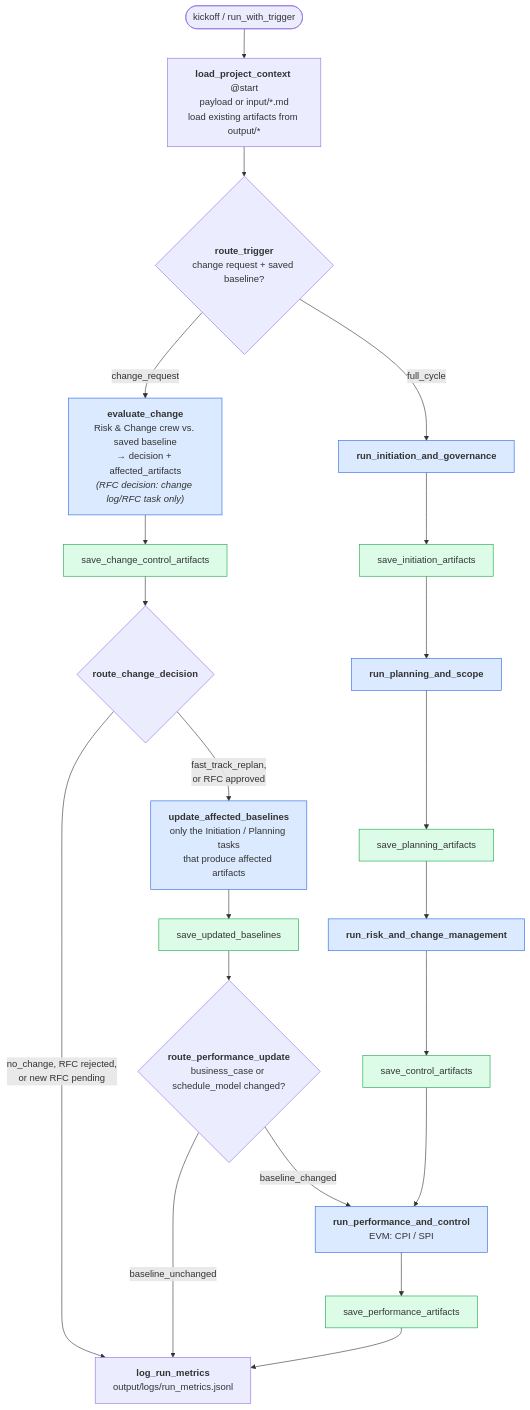
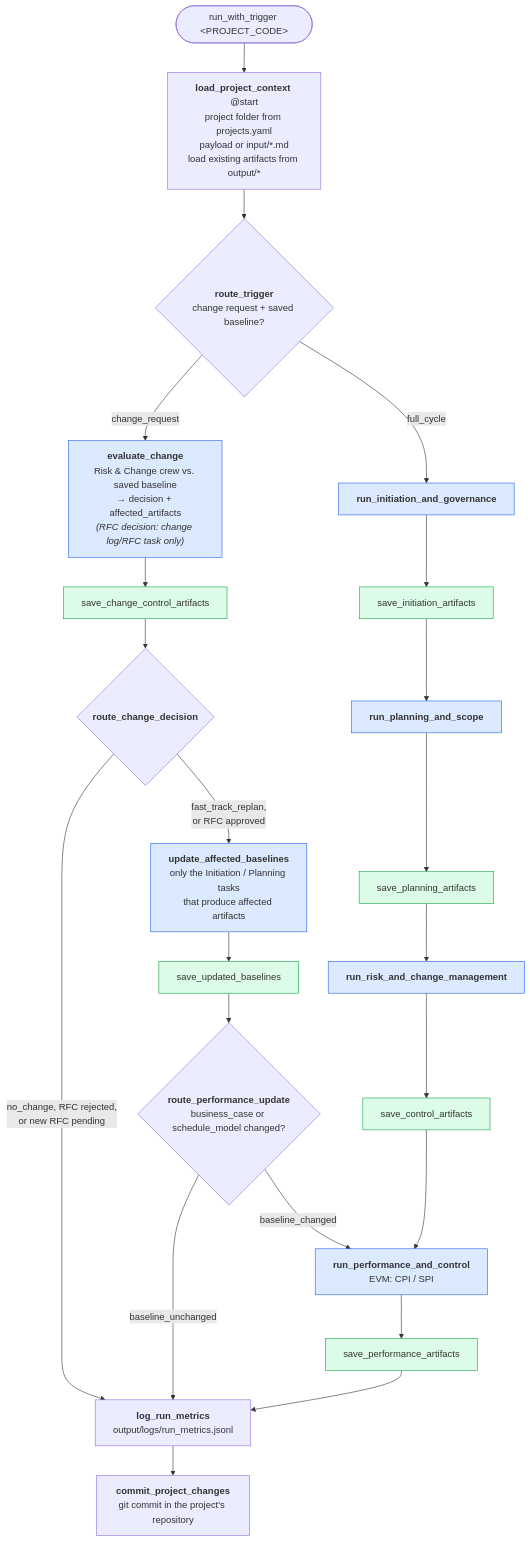
One commit to jordidh/proto-crewai-flow-project-management changed the diagram in README.md. Above: the diagram before and after it, drawn with Mermaid. The commit also changed other lines of this file and 6 other files, not shown here.

First line of the commit message:
feat: manage several projects from a project setup document (v0.3.0)

````diff
--- a/README.md
+++ b/README.md
@@ -153,28 +168,29 @@
 ```mermaid
 flowchart TD
-    Start([kickoff / run_with_trigger]) --> A
-    A["<b>load_project_context</b> @start<br/>payload or input/*.md<br/>load existing artifacts from output/*"]
+    Start(["run_with_trigger &lt;PROJECT_CODE&gt;"]) --> A
+    A["<b>load_project_context</b> @start<br/>project folder from projects.yaml<br/>payload or input/*.md<br/>load existing artifacts from output/*"]
     A --> R{"<b>route_trigger</b><br/>change request + saved baseline?"}
 
     R -->|full_cycle| B["<b>run_initiation_and_governance</b>"] --> B2[save_initiation_artifacts]
     B2 --> C["<b>run_planning_and_scope</b>"] --> C2[save_planning_artifacts]
     C2 --> D["<b>run_risk_and_change_management</b>"] --> D2[save_control_artifacts]
 
     R -->|change_request| X["<b>evaluate_change</b><br/>Risk & Change crew vs. saved baseline<br/>→ decision + affected_artifacts<br/><i>(RFC decision: change log/RFC task only)</i>"]
     X --> X2[save_change_control_artifacts]
     X2 --> Y{"<b>route_change_decision</b>"}
     Y -->|"fast_track_replan,<br/>or RFC approved"| U["<b>update_affected_baselines</b><br/>only the Initiation / Planning tasks<br/>that produce affected artifacts"]
     Y -->|"no_change, RFC rejected,<br/>or new RFC pending"| L
     U --> U2[save_updated_baselines]
     U2 --> Z{"<b>route_performance_update</b><br/>business_case or schedule_model changed?"}
     Z -->|baseline_changed| E
     Z -->|baseline_unchanged| L
 
     D2 --> E["<b>run_performance_and_control</b><br/>EVM: CPI / SPI"] --> E2[save_performance_artifacts]
     E2 --> L["<b>log_run_metrics</b><br/>output/logs/run_metrics.jsonl"]
+    L --> G["<b>commit_project_changes</b><br/>git commit in the project's repository"]
 
     classDef crew fill:#dbeafe,stroke:#2563eb
     classDef save fill:#dcfce7,stroke:#16a34a
     class B,C,D,X,U,E crew
     class B2,C2,D2,X2,U2,E2 save
 ```
````
